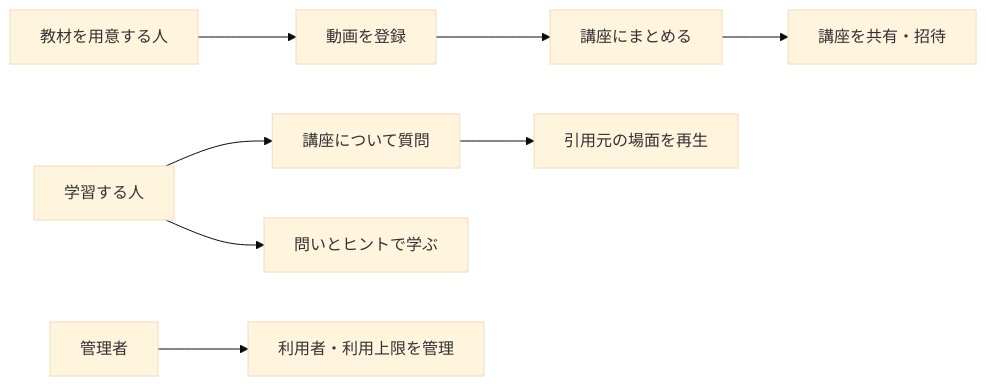
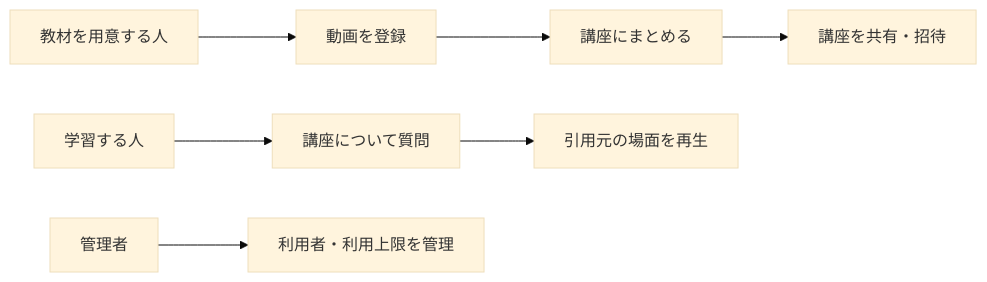
Before and after one commit to yukiharada1228/videoq: the diagram in apps/docs/i18n/ja/docusaurus-plugin-content-docs/current/requirements/use-case-diagram.md, drawn with Mermaid (base theme). The commit also changed other lines of this file and 173 other files, not shown here.

````diff
--- a/apps/docs/i18n/ja/docusaurus-plugin-content-docs/current/requirements/use-case-diagram.md
+++ b/apps/docs/i18n/ja/docusaurus-plugin-content-docs/current/requirements/use-case-diagram.md
@@ -12,10 +12,9 @@
 ```mermaid
 flowchart LR
     Owner[教材を用意する人] --> Upload[動画を登録]
     Upload --> Course[講座にまとめる]
     Course --> Share[講座を共有・招待]
     Learner[学習する人] --> Ask[講座について質問]
     Ask --> Source[引用元の場面を再生]
-    Learner --> Study[問いとヒントで学ぶ]
     Admin[管理者] --> Manage[利用者・利用上限を管理]
 ```
````
